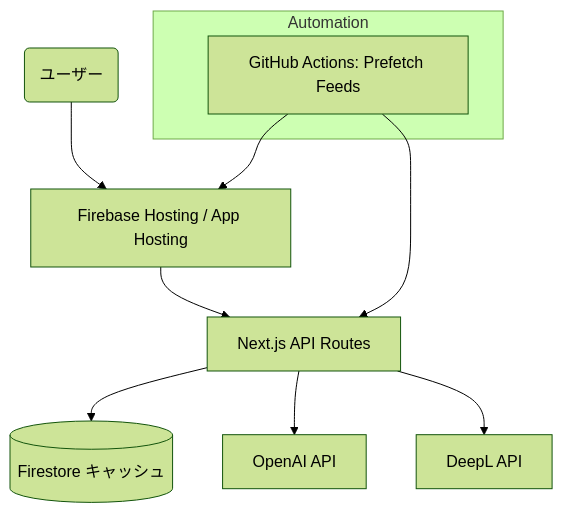
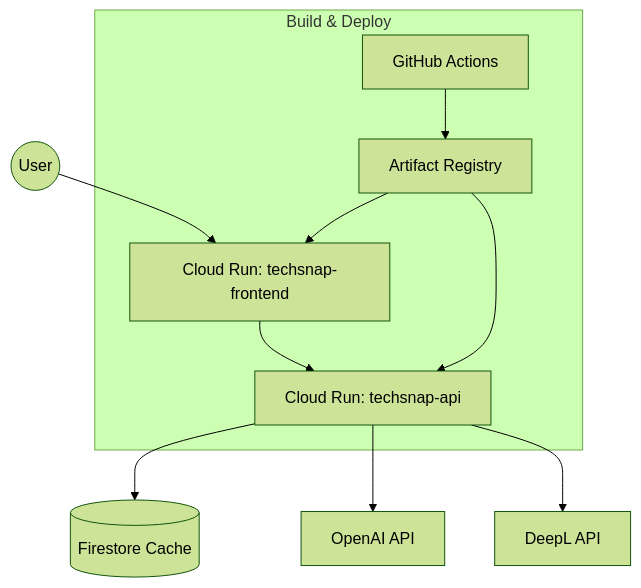
The diagram in docs/design/design.md (kazukifukuyama14/techsnap), drawn with Mermaid (forest theme) before and after one commit. The commit also changed other lines of this file and 22 other files, not shown here.

````diff
--- a/docs/design/design.md
+++ b/docs/design/design.md
@@ -9,15 +9,16 @@
 ```mermaid
-graph TD
-  User(ユーザー) --> Hosting[Firebase Hosting / App Hosting]
-  Hosting --> NextAPI[Next.js API Routes]
-  NextAPI --> Firestore[(Firestore キャッシュ)]
-  NextAPI --> OpenAI[OpenAI API]
-  NextAPI --> DeepL[DeepL API]
+graph TB
+  User((User)) --> Front[Cloud Run: techsnap-frontend]
+  Front --> API[Cloud Run: techsnap-api]
+  API --> Firestore[(Firestore Cache)]
+  API --> OpenAI[OpenAI API]
+  API --> DeepL[DeepL API]
 
-  subgraph Automation
-    GitHubActions[GitHub Actions: Prefetch Feeds]
+  subgraph "Build & Deploy"
+    GitHub[GitHub Actions]
+    AR[Artifact Registry]
+    GitHub --> AR
+    AR --> Front
+    AR --> API
   end
-
-  GitHubActions --> Hosting
-  GitHubActions --> NextAPI
 ```
````
